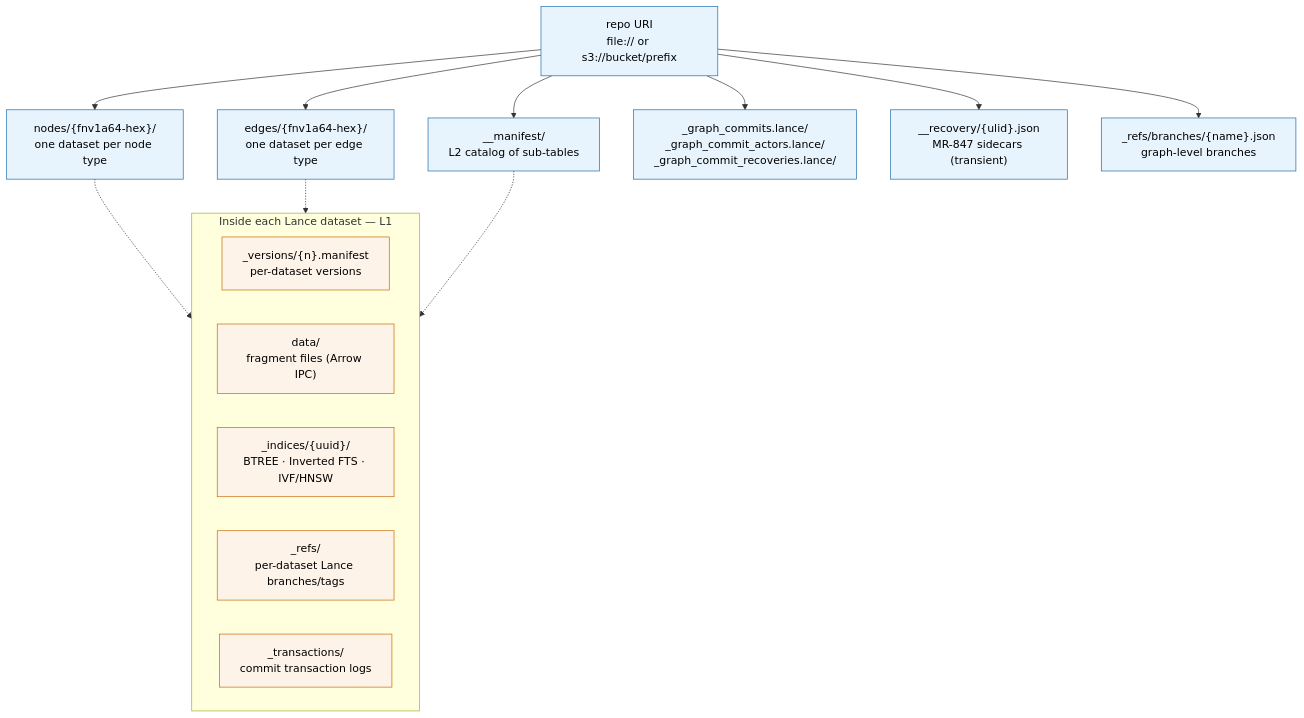
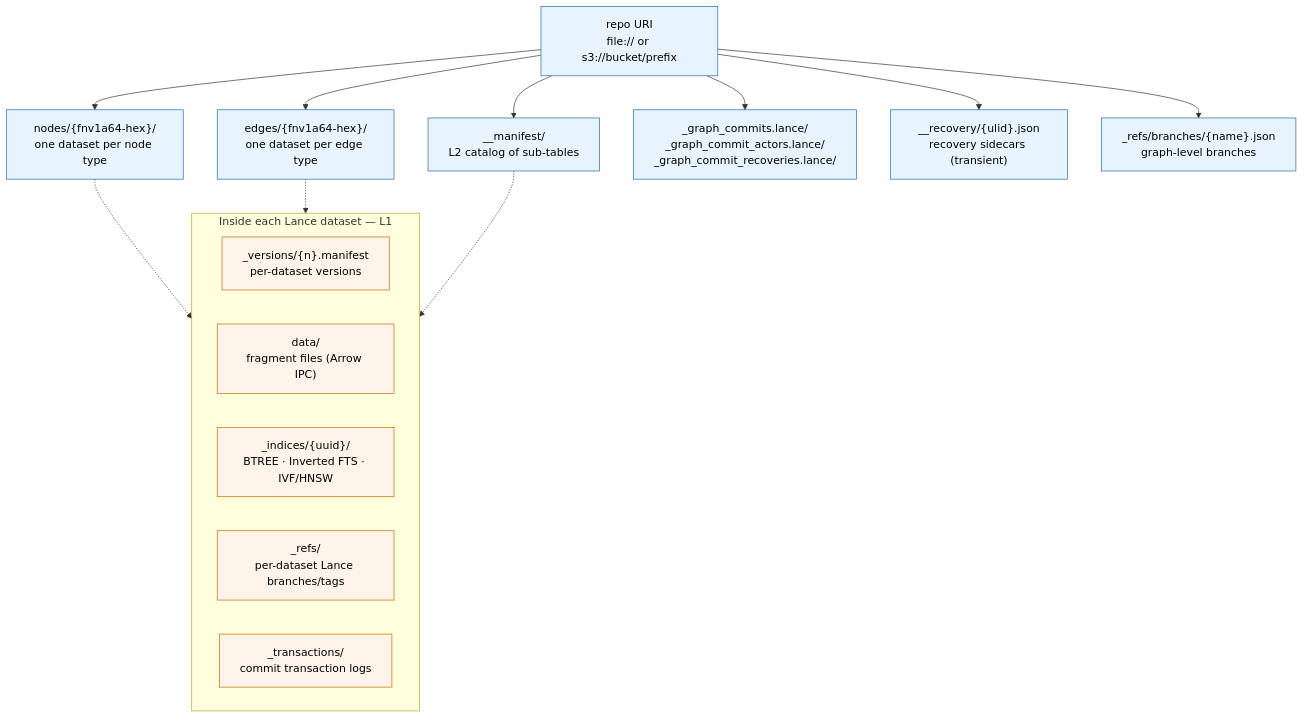
One commit to ModernRelay/omnigraph changed the diagram in docs/storage.md. Above: the diagram before and after it, drawn with Mermaid. The commit also changed other lines of this file and 21 other files, not shown here.

````diff
--- a/docs/storage.md
+++ b/docs/storage.md
@@ -55,33 +55,33 @@
 ```mermaid
 flowchart TB
     classDef l1 fill:#fef3e8,stroke:#c46900,color:#000
     classDef l2 fill:#e8f4fd,stroke:#1e6aa8,color:#000
 
     repo["repo URI<br/>file:// or s3://bucket/prefix"]:::l2
 
     manifest["__manifest/<br/>L2 catalog of sub-tables"]:::l2
     nodes["nodes/{fnv1a64-hex}/<br/>one dataset per node type"]:::l2
     edges["edges/{fnv1a64-hex}/<br/>one dataset per edge type"]:::l2
     cgraph["_graph_commits.lance/<br/>_graph_commit_actors.lance/<br/>_graph_commit_recoveries.lance/"]:::l2
-    recovery["__recovery/{ulid}.json<br/>MR-847 sidecars (transient)"]:::l2
+    recovery["__recovery/{ulid}.json<br/>recovery sidecars (transient)"]:::l2
     refs["_refs/branches/{name}.json<br/>graph-level branches"]:::l2
 
     repo --> manifest
     repo --> nodes
     repo --> edges
     repo --> cgraph
     repo --> recovery
     repo --> refs
 
     subgraph dataset[Inside each Lance dataset — L1]
         ds_v["_versions/{n}.manifest<br/>per-dataset versions"]:::l1
         ds_data["data/<br/>fragment files (Arrow IPC)"]:::l1
         ds_idx["_indices/{uuid}/<br/>BTREE · Inverted FTS · IVF/HNSW"]:::l1
         ds_refs["_refs/<br/>per-dataset Lance branches/tags"]:::l1
         ds_tx["_transactions/<br/>commit transaction logs"]:::l1
     end
 
     nodes -.-> dataset
     edges -.-> dataset
     manifest -.-> dataset
 ```
````
